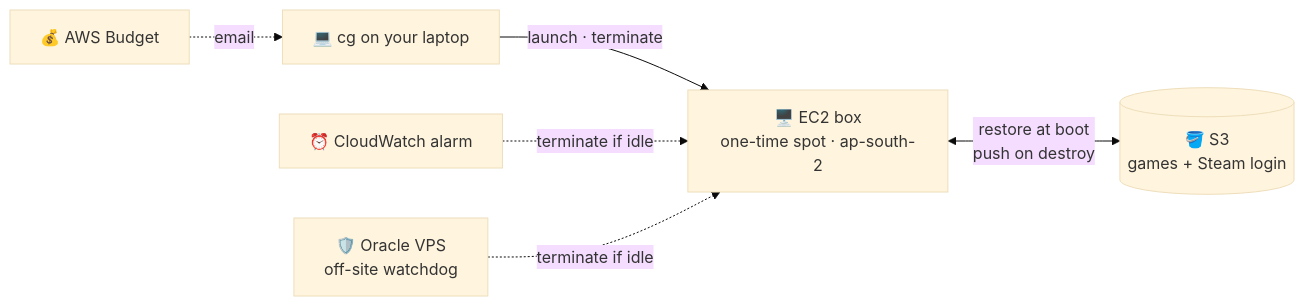
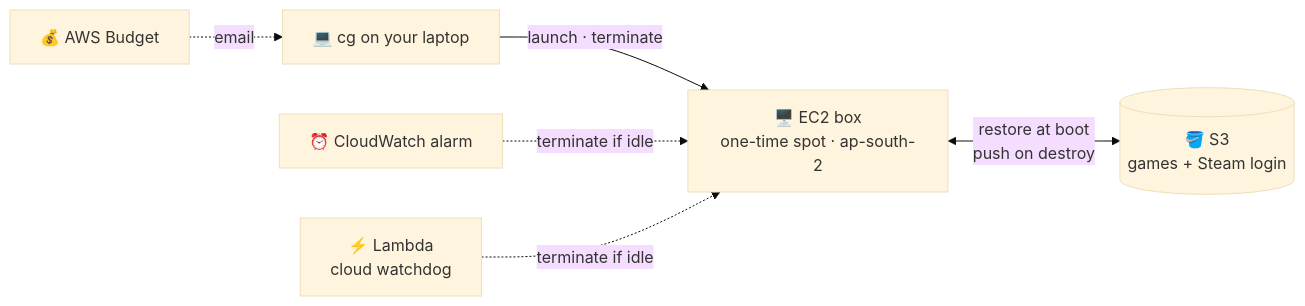
One commit to jebin2/aws_cloud_gaming changed the second of 7 diagrams in docs/architecture.md. Above: the diagram before and after it, drawn with Mermaid (base theme). The commit also changed other lines of this file and 37 other files, not shown here.

````diff
--- a/docs/architecture.md
+++ b/docs/architecture.md
@@ -37,15 +37,15 @@
 ```mermaid
 flowchart LR
   cg["💻 cg on your laptop"]
   ec2["🖥️ EC2 box<br/>one-time spot · ap-south-2"]
   s3[("🪣 S3<br/>games + Steam login")]
   cw["⏰ CloudWatch alarm"]
   bud["💰 AWS Budget"]
-  vps["🛡️ Oracle VPS<br/>off-site watchdog"]
+  lam["⚡ Lambda<br/>cloud watchdog"]
 
   cg -->|"launch · terminate"| ec2
   ec2 <-->|"restore at boot<br/>push on destroy"| s3
   cw -.->|"terminate if idle"| ec2
-  vps -.->|"terminate if idle"| ec2
+  lam -.->|"terminate if idle"| ec2
   bud -.->|"email"| cg
 ```
````
